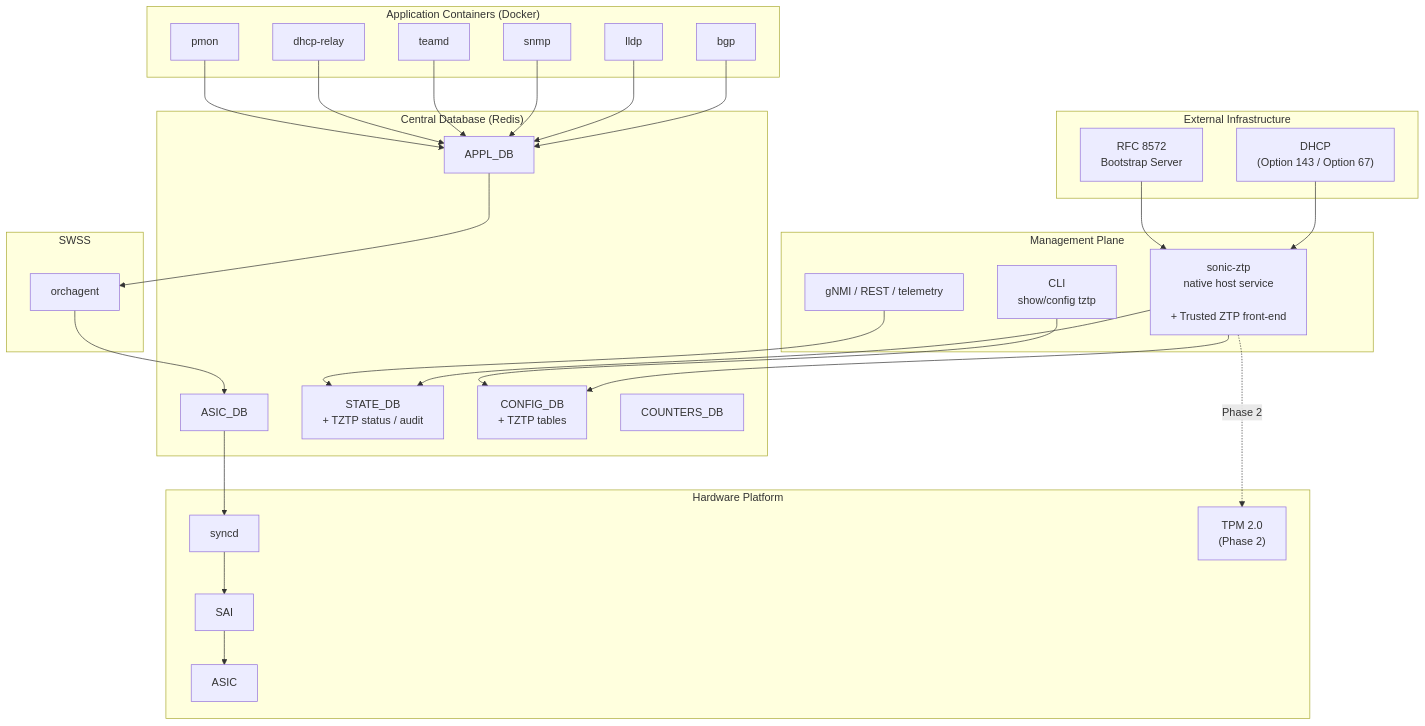
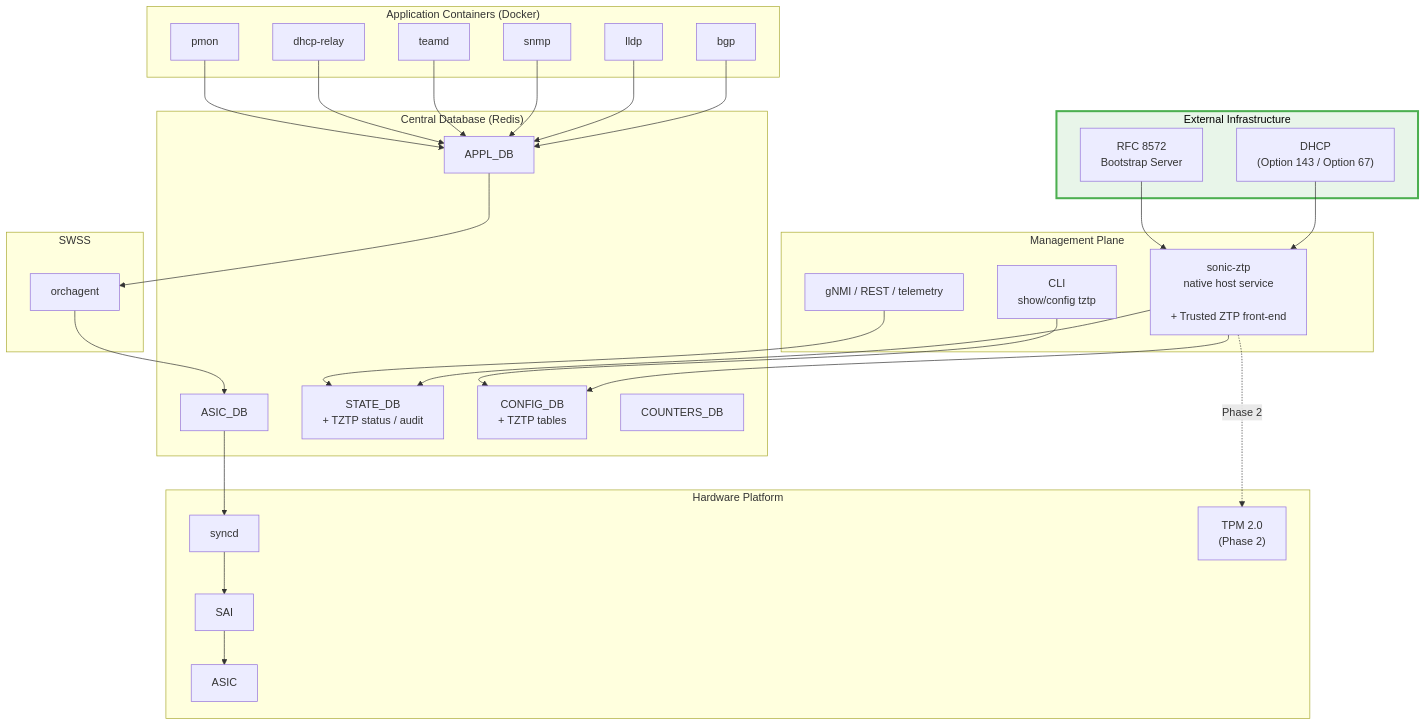
The third of 14 diagrams in doc/ztp/trusted-ztp.md (keerthikumar-t/SONiC), drawn with Mermaid before and after one commit.

````diff
--- a/doc/ztp/trusted-ztp.md
+++ b/doc/ztp/trusted-ztp.md
@@ -357,78 +357,80 @@
 ```mermaid
 flowchart TB
 
     %% Application Containers
     subgraph APPS["Application Containers (Docker)"]
         BGP[bgp]
         LLDP[lldp]
         SNMP[snmp]
         TEAMD[teamd]
         DHCPR[dhcp-relay]
         PMON[pmon]
     end
 
     %% Central Database
     subgraph REDIS["Central Database (Redis)"]
         APPL[APPL_DB]
 
         ASICDB[ASIC_DB]
         STATEDB["STATE_DB<br/>+ TZTP status / audit"]
         CONFIGDB["CONFIG_DB<br/>+ TZTP tables"]
         COUNTERS[COUNTERS_DB]
     end
 
     %% SWSS
     subgraph SWSS["SWSS"]
         ORCH[orchagent]
     end
 
     %% Management Plane
     subgraph MGMT["Management Plane"]
         TZTP["sonic-ztp<br/>native host service<br/><br/>+ Trusted ZTP front-end"]
 
         CLI["CLI<br/>show/config tztp"]
 
         API["gNMI / REST / telemetry"]
     end
 
     %% External Infrastructure
     subgraph EXT["External Infrastructure"]
         DHCP["DHCP<br/>(Option 143 / Option 67)"]
         BOOT["RFC 8572<br/>Bootstrap Server"]
     end
+    style EXT fill:#e8f5e9,stroke:#4caf50,stroke-width:3px,color:#000
+
 
     %% Hardware Platform
     subgraph HW["Hardware Platform"]
         SYNCD[syncd]
         SAI[SAI]
         ASIC[ASIC]
         TPM["TPM 2.0<br/>(Phase 2)"]
     end
 
     %% Relationships
     BGP --> APPL
     LLDP --> APPL
     SNMP --> APPL
     TEAMD --> APPL
     DHCPR --> APPL
     PMON --> APPL
 
     APPL --> ORCH
 
     ORCH --> ASICDB
 
     ASICDB --> SYNCD
     SYNCD --> SAI
     SAI --> ASIC
 
     DHCP --> TZTP
     BOOT --> TZTP
 
     TZTP --> CONFIGDB
     TZTP --> STATEDB
 
     CLI --> CONFIGDB
     API --> STATEDB
 
     TZTP -. Phase 2 .-> TPM
 ```
````
